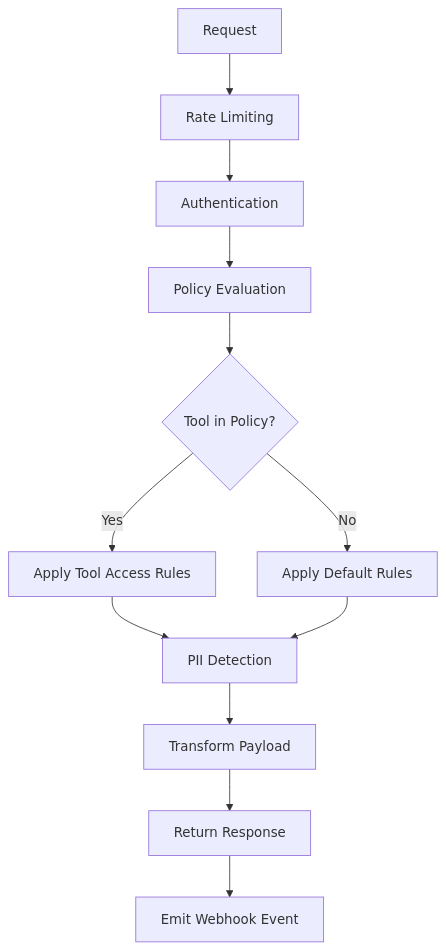
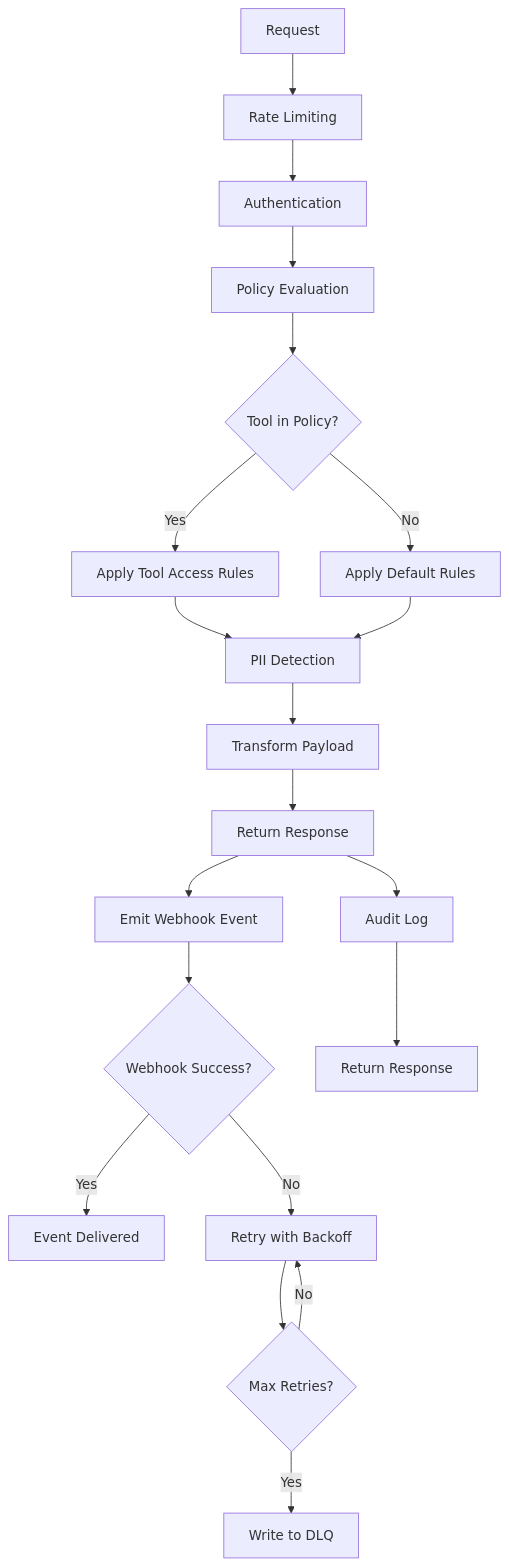
One commit to Governs-AI/precheck changed the first of 2 diagrams in PROJECT_SPECS.md. Above: the diagram before and after it, drawn with Mermaid. The commit also changed other lines of this file and 8 other files, not shown here.

````diff
--- a/PROJECT_SPECS.md
+++ b/PROJECT_SPECS.md
@@ -192,14 +266,22 @@
 ```mermaid
 graph TD
     A[Request] --> B[Rate Limiting]
     B --> C[Authentication]
     C --> D[Policy Evaluation]
     D --> E{Tool in Policy?}
     E -->|Yes| F[Apply Tool Access Rules]
     E -->|No| G[Apply Default Rules]
     F --> H[PII Detection]
     G --> H
     H --> I[Transform Payload]
     I --> J[Return Response]
     J --> K[Emit Webhook Event]
+    K --> L{Webhook Success?}
+    L -->|Yes| M[Event Delivered]
+    L -->|No| N[Retry with Backoff]
+    N --> O{Max Retries?}
+    O -->|No| N
+    O -->|Yes| P[Write to DLQ]
+    J --> Q[Audit Log]
+    Q --> R[Return Response]
 ```
````
